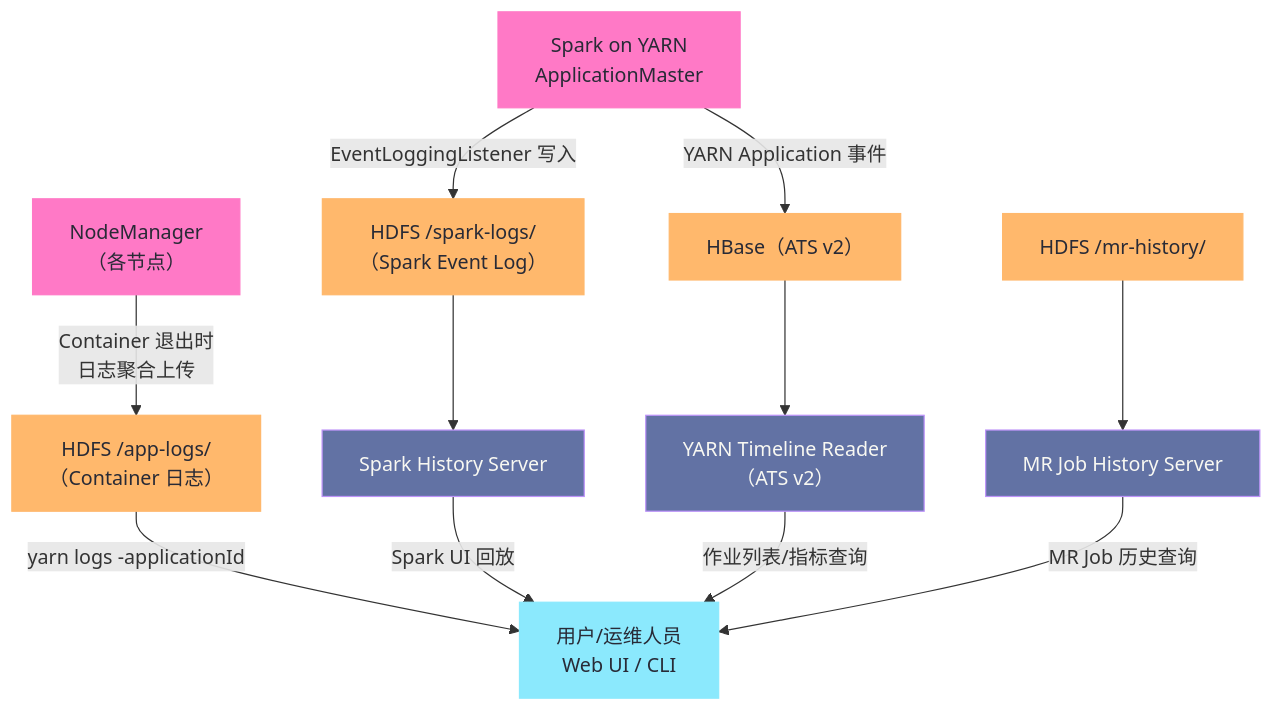
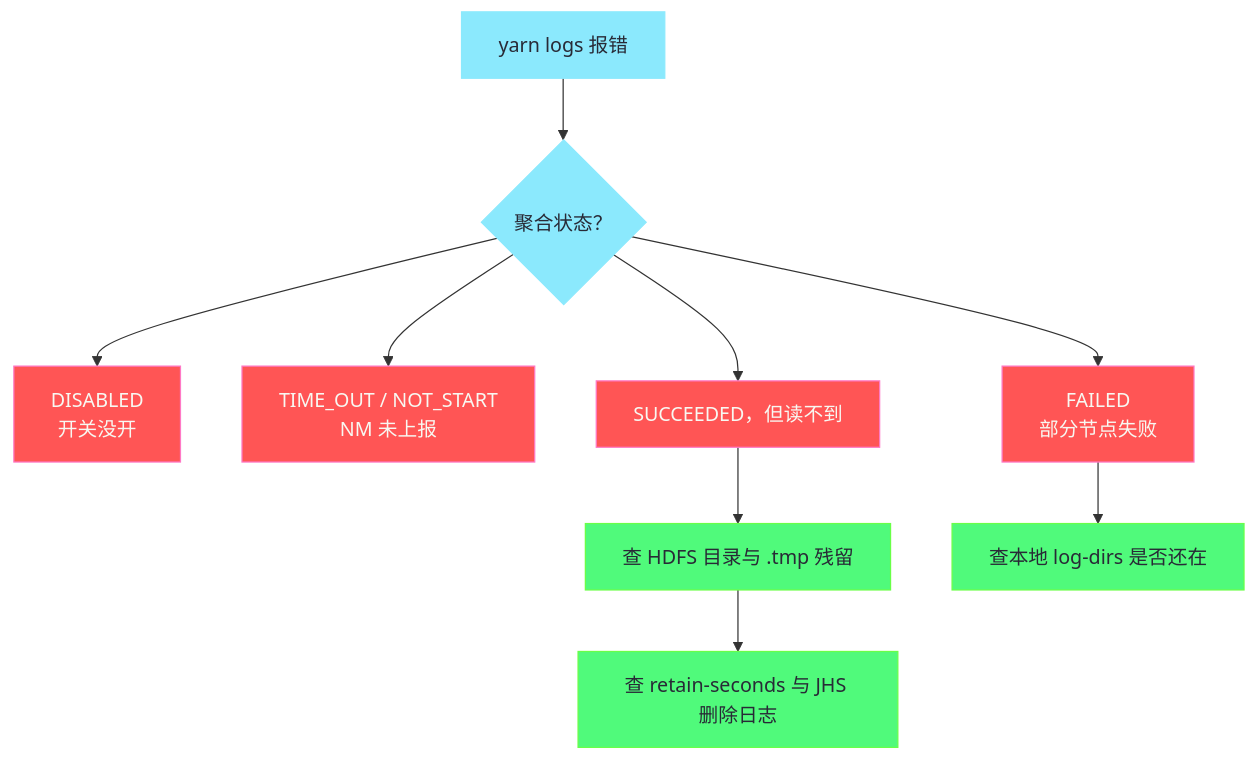
One commit to hpliStartAgain/my-brain changed the fifth of 5 diagrams in content/大数据/安全与认证/07 YARN ATS 与 AHS 作业历史日志服务全解析.md. Above: the diagram before and after it, drawn with Mermaid. The commit also changed other lines of this file and 455 other files, not shown here.

````diff
--- a/content/大数据/安全与认证/07 YARN ATS 与 AHS 作业历史日志服务全解析.md
+++ b/content/大数据/安全与认证/07 YARN ATS 与 AHS 作业历史日志服务全解析.md
@@ -641,34 +450,26 @@
 ```mermaid
 %%{init: {'theme': 'dracula'}}%%
 graph TD
-    classDef app fill:#ff79c6,stroke:#ff79c6,color:#282a36
-    classDef storage fill:#ffb86c,stroke:#ffb86c,color:#282a36
-    classDef service fill:#6272a4,stroke:#bd93f9,color:#f8f8f2
-    classDef user fill:#8be9fd,stroke:#8be9fd,color:#282a36
+    classDef q fill:#8be9fd,stroke:#8be9fd,color:#282a36
+    classDef r fill:#ff5555,stroke:#ff79c6,color:#f8f8f2
+    classDef ok fill:#50fa7b,stroke:#69ff47,color:#282a36
 
-    A["Spark on YARN</br>ApplicationMaster"]:::app
-    B["NodeManager</br>（各节点）"]:::app
+    A["yarn logs 报错"]:::q
+    B{"聚合状态？"}:::q
+    C["DISABLED<br/>开关没开"]:::r
+    D["TIME_OUT / NOT_START<br/>NM 未上报"]:::r
+    E["FAILED<br/>部分节点失败"]:::r
+    F["SUCCEEDED，但读不到"]:::r
+    G["查 HDFS 目录与 .tmp 残留"]:::ok
+    H["查本地 log-dirs 是否还在"]:::ok
+    I["查 retain-seconds 与 JHS 删除日志"]:::ok
 
-    C["HDFS /spark-logs/</br>（Spark Event Log）"]:::storage
-    D["HDFS /app-logs/</br>（Container 日志）"]:::storage
-    E["HBase（ATS v2）"]:::storage
-    F["HDFS /mr-history/"]:::storage
-
-    G["Spark History Server"]:::service
-    H["YARN Timeline Reader</br>（ATS v2）"]:::service
-    I["MR Job History Server"]:::service
-
-    J["用户/运维人员</br>Web UI / CLI"]:::user
-
-    A -->|"EventLoggingListener 写入"| C
-    A -->|"YARN Application 事件"| E
-    B -->|"Container 退出时</br>日志聚合上传"| D
-
-    C --> G
+    A --> B
+    B --> C
+    B --> D
+    B --> E
+    B --> F
+    F --> G
+    G --> I
     E --> H
-    D -->|"yarn logs -applicationId"| J
-    G -->|"Spark UI 回放"| J
-    H -->|"作业列表/指标查询"| J
-    F --> I
-    I -->|"MR Job 历史查询"| J
 ```
````
